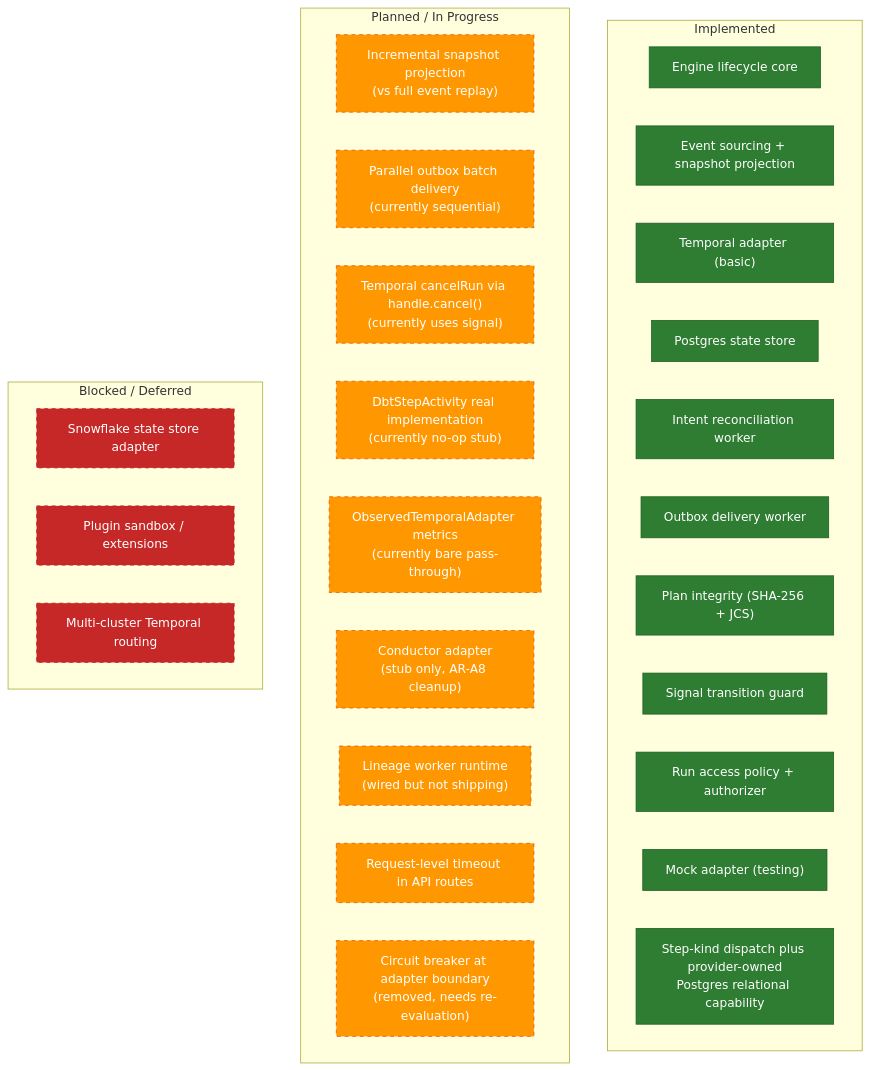
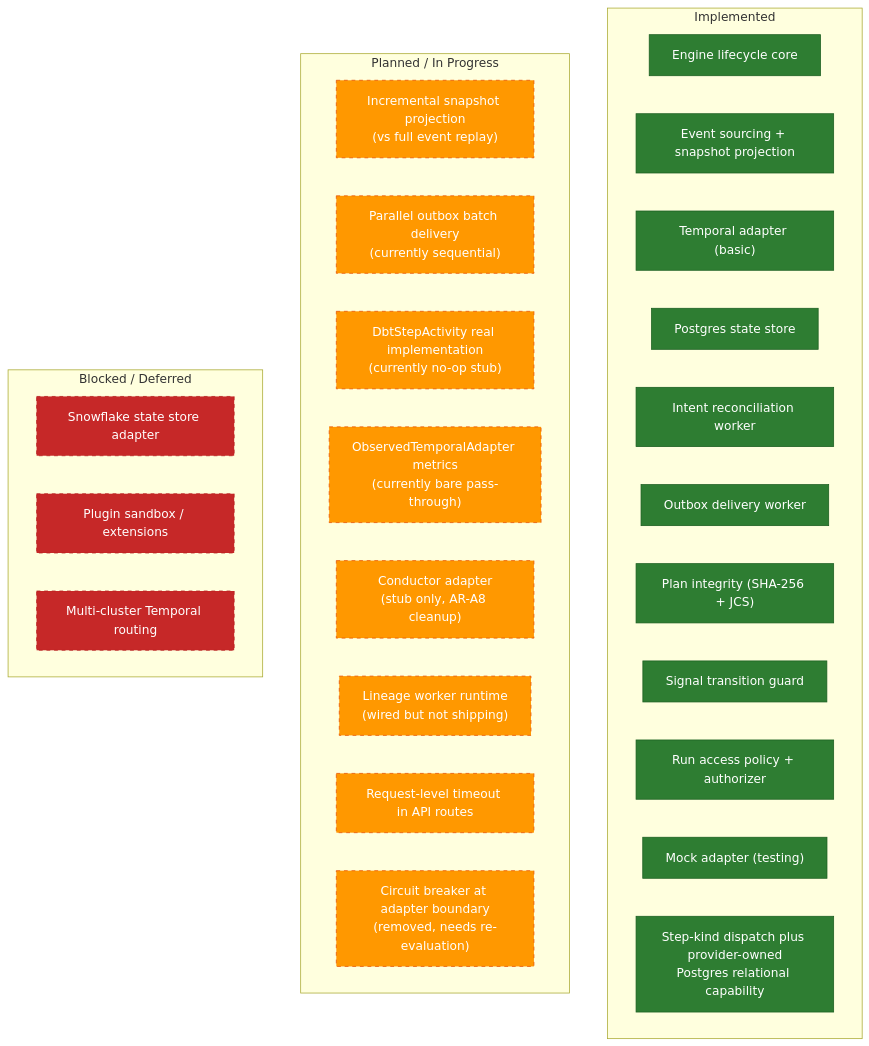
One commit to dunay2/dvt changed the fourth of 4 diagrams in docs/architecture/diagrams/implementation-architecture-diagrams.md. Above: the diagram before and after it, drawn with Mermaid. The commit also changed other lines of this file and 7 other files, not shown here.

Commit message:
docs(docs): Split architecture diagram pack and refresh engine diagrams

````diff
--- a/docs/architecture/diagrams/implementation-architecture-diagrams.md
+++ b/docs/architecture/diagrams/implementation-architecture-diagrams.md
@@ -1267,38 +411,37 @@
 ```mermaid
 flowchart TB
   classDef impl fill:#2E7D32,color:#fff,stroke:#1B5E20
   classDef planned fill:#FF9800,color:#fff,stroke:#E65100,stroke-dasharray:5 5
   classDef blocked fill:#C62828,color:#fff,stroke:#B71C1C,stroke-dasharray:5 5
 
   subgraph "Implemented"
     E1["Engine lifecycle core"]:::impl
     E2["Event sourcing + snapshot projection"]:::impl
     E3["Temporal adapter (basic)"]:::impl
     E4["Postgres state store"]:::impl
     E5["Intent reconciliation worker"]:::impl
     E6["Outbox delivery worker"]:::impl
     E7["Plan integrity (SHA-256 + JCS)"]:::impl
     E8["Signal transition guard"]:::impl
     E9["Run access policy + authorizer"]:::impl
     E10["Mock adapter (testing)"]:::impl
     E11["Step-kind dispatch plus provider-owned<br/>Postgres relational capability"]:::impl
   end
 
   subgraph "Planned / In Progress"
     P1["Incremental snapshot projection<br/>(vs full event replay)"]:::planned
     P2["Parallel outbox batch delivery<br/>(currently sequential)"]:::planned
-    P3["Temporal cancelRun via handle.cancel()<br/>(currently uses signal)"]:::planned
     P4["DbtStepActivity real implementation<br/>(currently no-op stub)"]:::planned
     P5["ObservedTemporalAdapter metrics<br/>(currently bare pass-through)"]:::planned
     P6["Conductor adapter<br/>(stub only, AR-A8 cleanup)"]:::planned
     P7["Lineage worker runtime<br/>(wired but not shipping)"]:::planned
     P8["Request-level timeout in API routes"]:::planned
     P9["Circuit breaker at adapter boundary<br/>(removed, needs re-evaluation)"]:::planned
   end
 
   subgraph "Blocked / Deferred"
     B1["Snowflake state store adapter"]:::blocked
     B2["Plugin sandbox / extensions"]:::blocked
     B3["Multi-cluster Temporal routing"]:::blocked
   end
 ```
````
